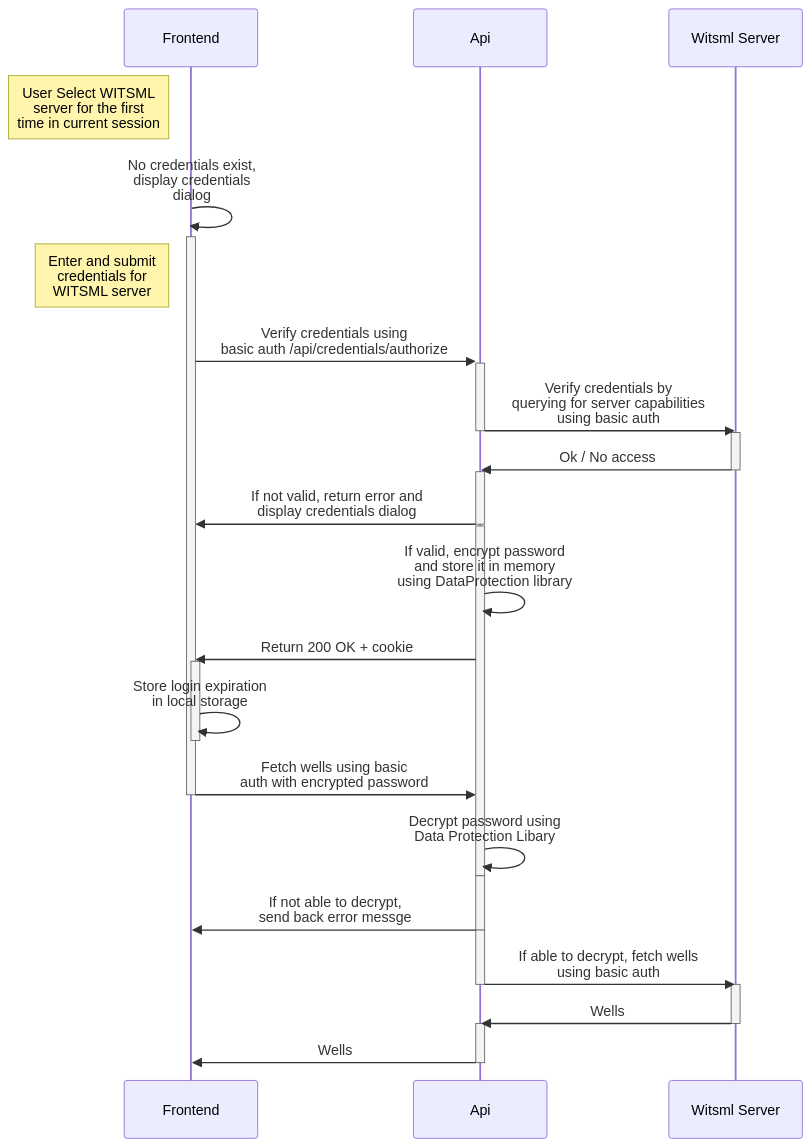
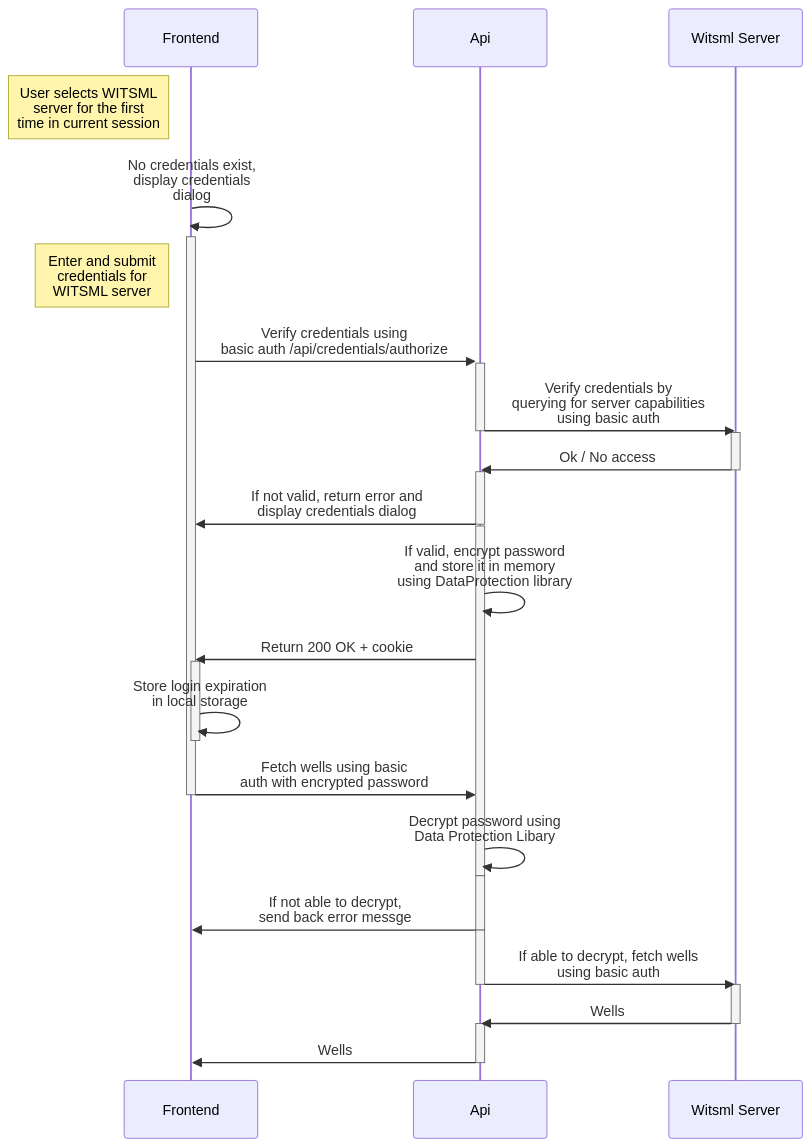
The first of 2 diagrams in AUTH.md (equinor/witsml-explorer), drawn with Mermaid before and after one commit.

Commit message:
Fixed Typo (Again)

````diff
--- a/AUTH.md
+++ b/AUTH.md
@@ -19,27 +19,27 @@
 ```mermaid
 sequenceDiagram
-    Note left of Frontend: User Select  WITSML <br> server for the first <br> time in current session
+    Note left of Frontend: User selects WITSML <br> server for the first <br> time in current session
     Frontend->>+Frontend: No credentials exist,<br/> display credentials <br/> dialog
     Note left of Frontend: Enter and submit <br> credentials for <br> WITSML server
     Frontend->>+Api: Verify credentials using <br/> basic auth /api/credentials/authorize
     Api->>-Witsml Server: Verify credentials by <br/> querying for server capabilities <br/> using basic auth
     activate Witsml Server
     Witsml Server ->>- Api: Ok / No access 
     activate Api
     Api->>-Frontend: If not valid, return error and <br> display credentials dialog
     activate Api
     Api->>Api: If valid, encrypt password <br> and store it in memory <br> using DataProtection library
     Api->>Frontend: Return 200 OK + cookie
     activate Frontend
     Frontend->>-Frontend: Store login expiration  <br> in local storage
     Frontend->>-Api: Fetch wells using basic <br>auth with encrypted password
     Api->>-Api: Decrypt password using <br> Data Protection Libary
     activate Api
     Api->>-Frontend: If not able to decrypt, <br> send back error messge
     activate Api
     Api->>-Witsml Server: If able to decrypt, fetch wells <br> using basic auth
     activate Witsml Server
     Witsml Server->>-Api: Wells
     activate Api
     Api->>-Frontend: Wells
 ```
````
